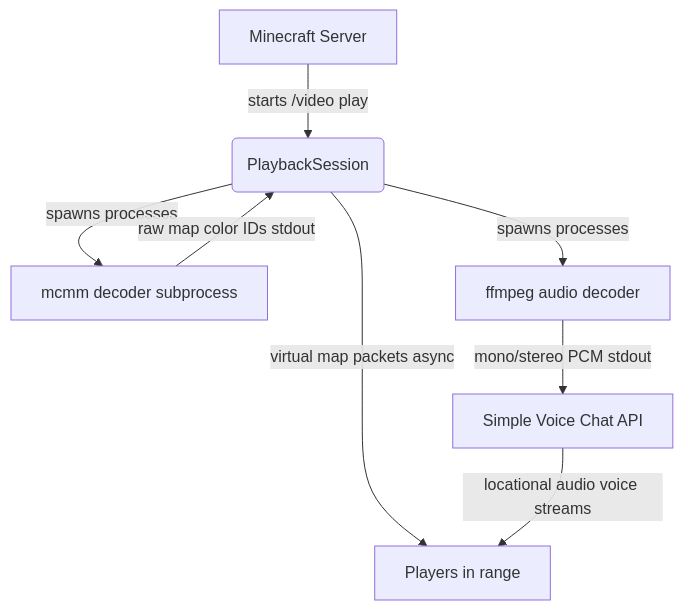
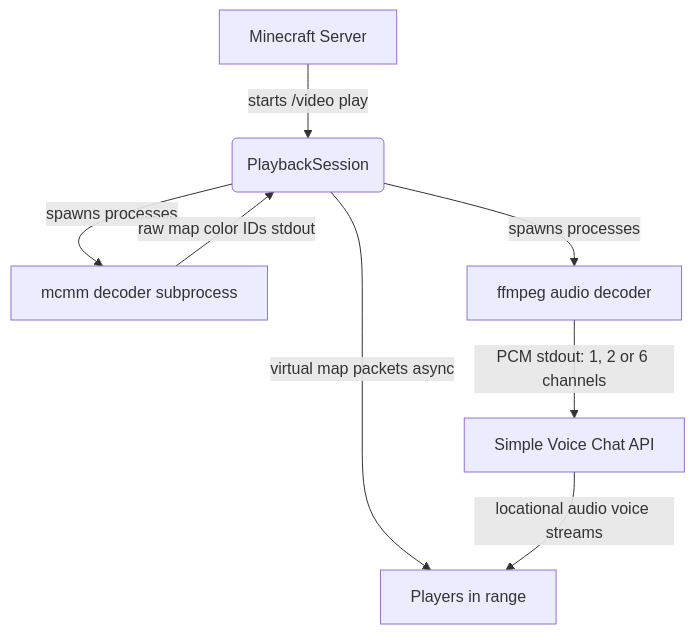
Before and after one commit to Futiax/VMC: the first of 4 diagrams in WIKI.md, drawn with Mermaid. The commit also changed other lines of this file, not shown here.

````diff
--- a/WIKI.md
+++ b/WIKI.md
@@ -130,10 +130,10 @@
 ```mermaid
 graph TD
     A[Minecraft Server] -- starts /video play --> B(PlaybackSession)
     B -- spawns processes --> C[mcmm decoder subprocess]
     B -- spawns processes --> D[ffmpeg audio decoder]
     C -- raw map color IDs stdout --> B
-    D -- mono/stereo PCM stdout --> E[Simple Voice Chat API]
+    D -- PCM stdout: 1, 2 or 6 channels --> E[Simple Voice Chat API]
     B -- virtual map packets async --> F[Players in range]
     E -- locational audio voice streams --> F
 ```
````
